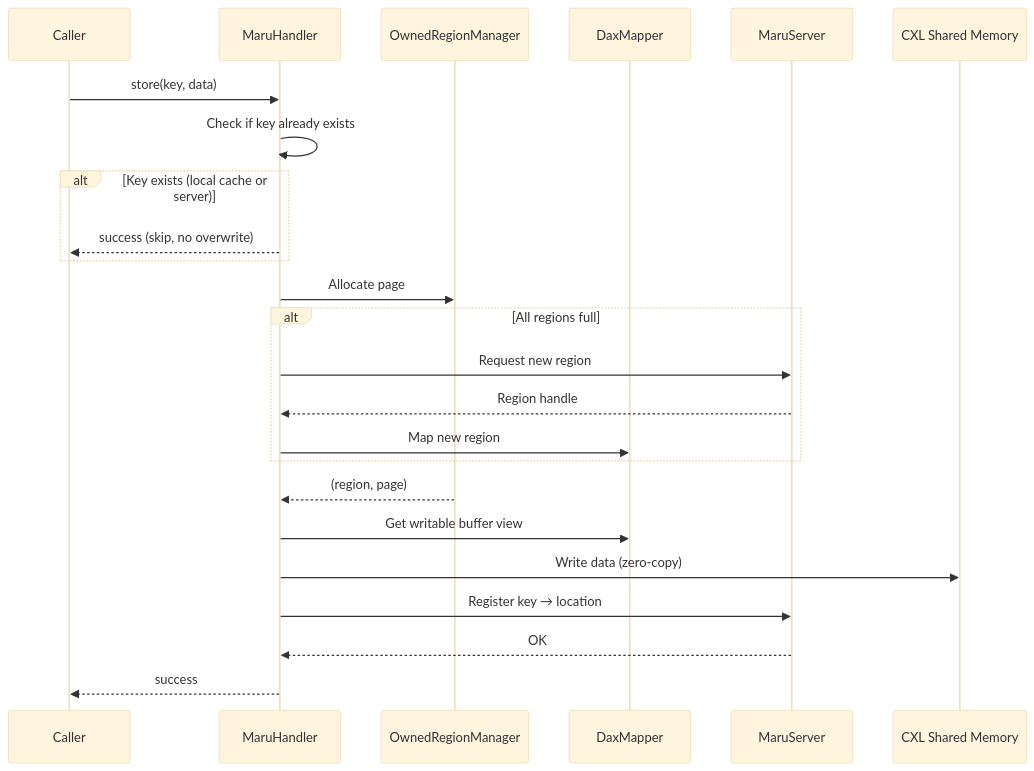
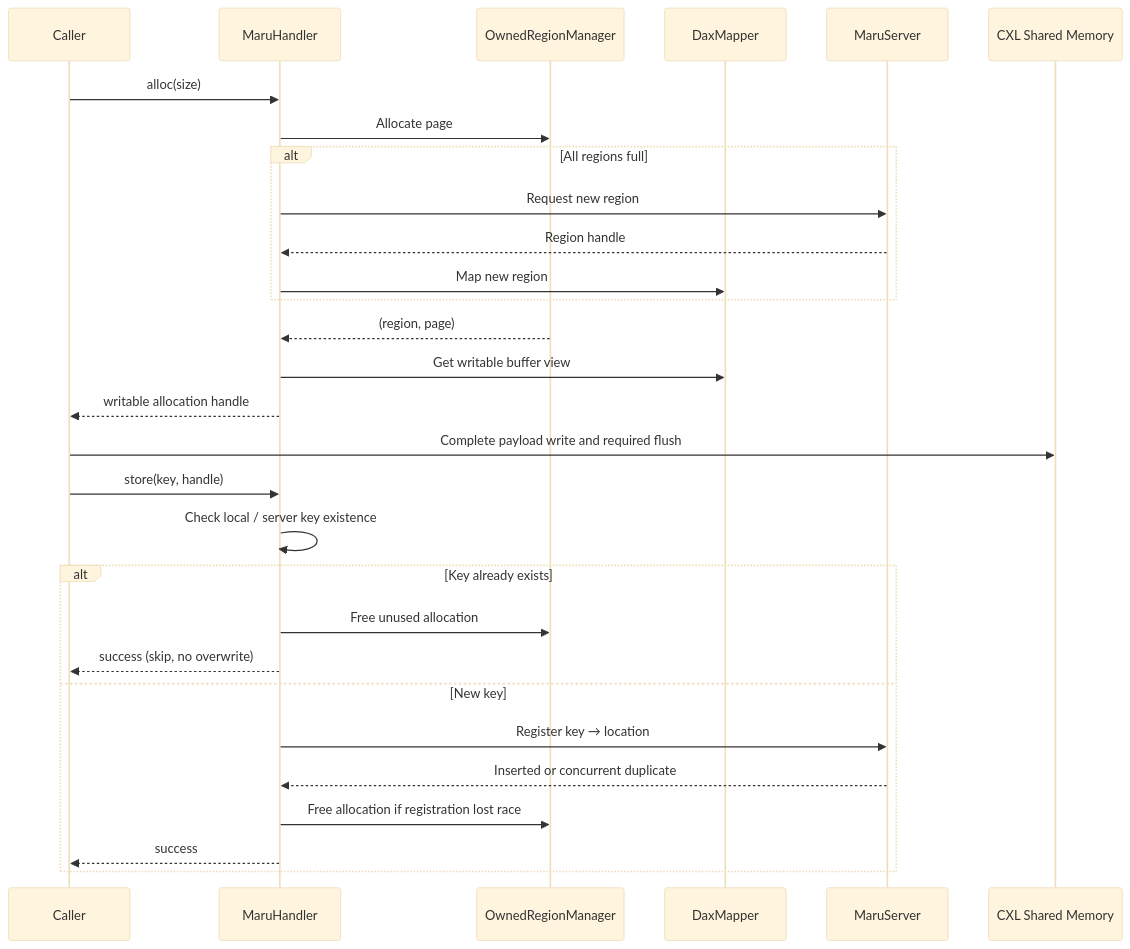
Before and after one commit to xcena-dev/maru: the fourth of 6 diagrams in docs/source/design_doc/maru_handler.md, drawn with Mermaid (base theme). The commit also changed other lines of this file and 37 other files, not shown here.

````diff
--- a/docs/source/design_doc/maru_handler.md
+++ b/docs/source/design_doc/maru_handler.md
@@ -153,27 +153,32 @@
 ```mermaid
 sequenceDiagram
     participant C as Caller
     participant H as MaruHandler
     participant ORM as OwnedRegionManager
     participant DM as DaxMapper
     participant CP as MaruServer
     participant CXL as CXL Shared Memory
 
-    C->>H: store(key, data)
-    H->>H: Check if key already exists
-    alt Key exists (local cache or server)
-        H-->>C: success (skip, no overwrite)
-    end
+    C->>H: alloc(size)
     H->>ORM: Allocate page
     alt All regions full
         H->>CP: Request new region
         CP-->>H: Region handle
         H->>DM: Map new region
     end
     ORM-->>H: (region, page)
     H->>DM: Get writable buffer view
-    H->>CXL: Write data (zero-copy)
-    H->>CP: Register key → location
-    CP-->>H: OK
-    H-->>C: success
+    H-->>C: writable allocation handle
+    C->>CXL: Complete payload write and required flush
+    C->>H: store(key, handle)
+    H->>H: Check local / server key existence
+    alt Key already exists
+        H->>ORM: Free unused allocation
+        H-->>C: success (skip, no overwrite)
+    else New key
+        H->>CP: Register key → location
+        CP-->>H: Inserted or concurrent duplicate
+        H->>ORM: Free allocation if registration lost race
+        H-->>C: success
+    end
 ```
````
